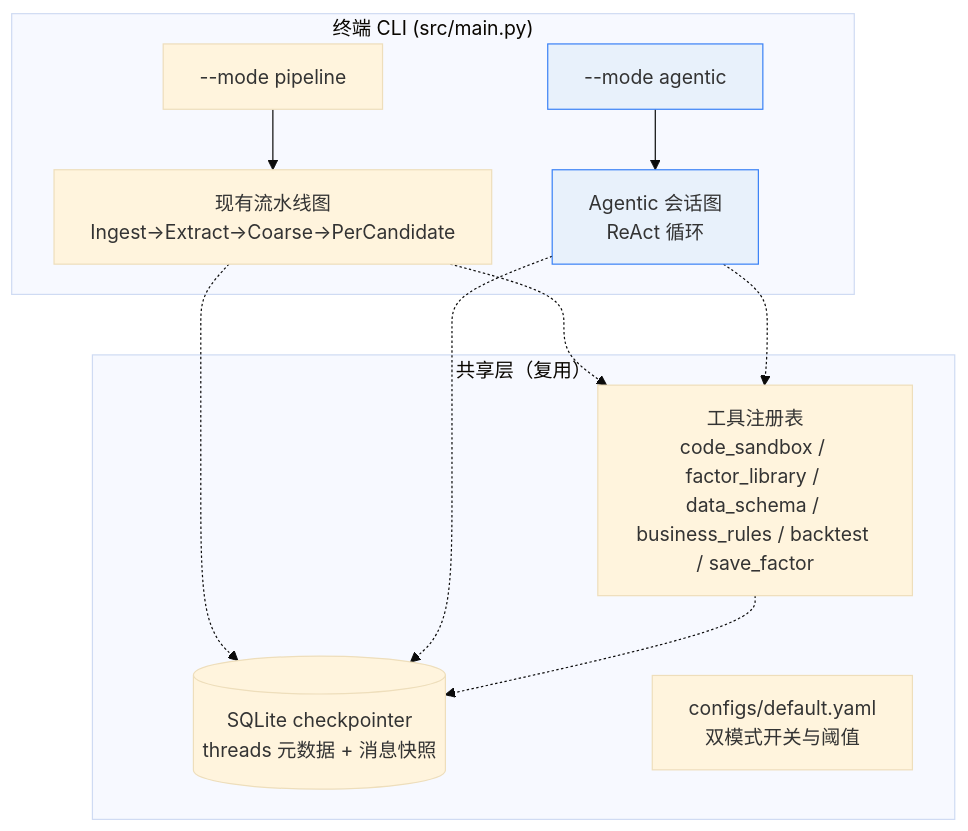
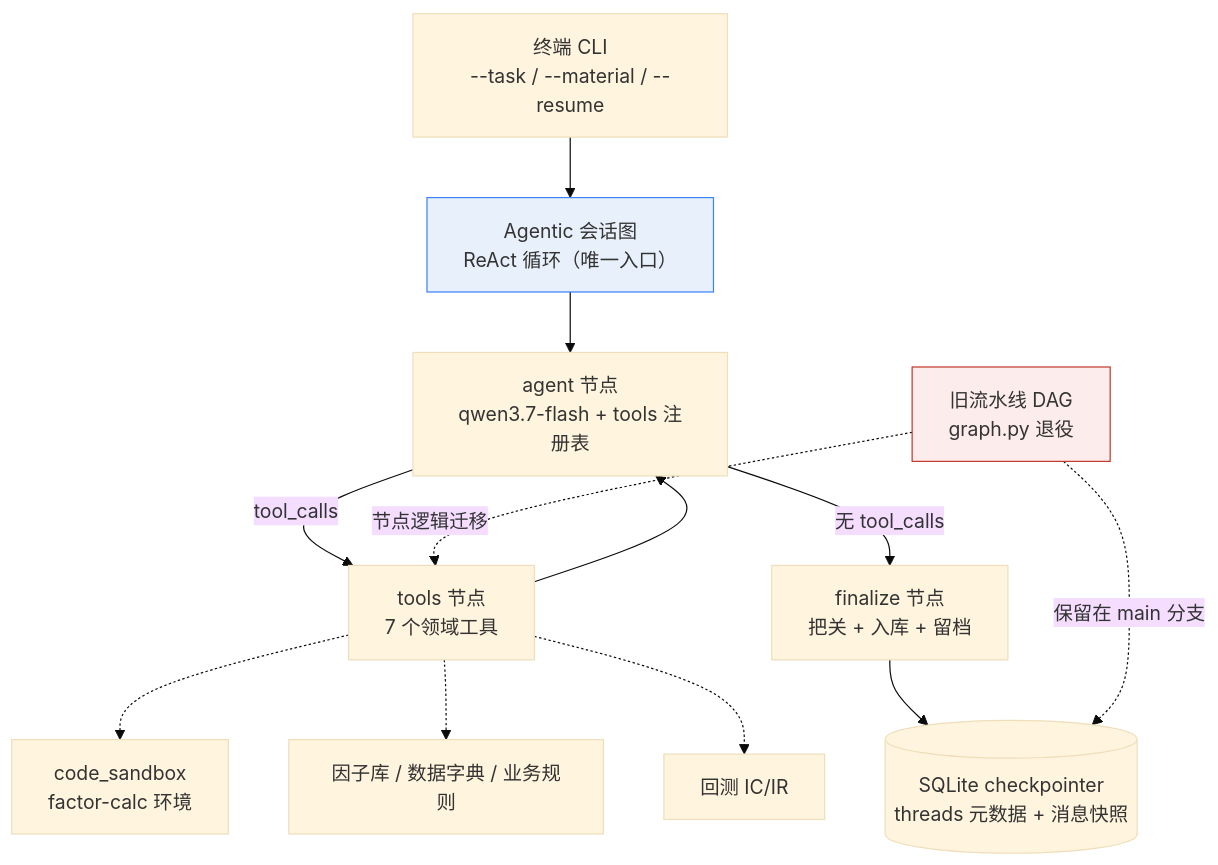
Before and after one commit to Line290/factor_miner: the first of 2 diagrams in docs/agentic_session_refactor_plan.md, drawn with Mermaid (base theme). The commit also changed other lines of this file, not shown here.

Commit message:
docs: 回填 Q1-Q6 决策（直接替换 + 批处理 CLI + qwen3.7-flash），架构改为单 Agentic 模式

````diff
--- a/docs/agentic_session_refactor_plan.md
+++ b/docs/agentic_session_refactor_plan.md
@@ -100,22 +111,19 @@
 ```mermaid
 flowchart TD
-    subgraph CLI["终端 CLI (src/main.py)"]
-        P[--mode pipeline] --> PG[现有流水线图<br/>Ingest→Extract→Coarse→PerCandidate]
-        A[--mode agentic] --> AG[Agentic 会话图<br/>ReAct 循环]
-    end
+    CLI[终端 CLI<br/>--task / --material / --resume] --> AG[Agentic 会话图<br/>ReAct 循环（唯一入口）]
+    AG --> Agent[agent 节点<br/>qwen3.7-flash + tools 注册表]
+    Agent -->|tool_calls| Tools[tools 节点<br/>7 个领域工具]
+    Tools --> Agent
+    Agent -->|无 tool_calls| Final[finalize 节点<br/>把关 + 入库 + 留档]
+    Final --> DB[(SQLite checkpointer<br/>threads 元数据 + 消息快照)]
 
-    subgraph Shared["共享层（复用）"]
-        T[工具注册表<br/>code_sandbox / factor_library / data_schema / business_rules / backtest / save_factor]
-        DB[(SQLite checkpointer<br/>threads 元数据 + 消息快照)]
-        CFG[configs/default.yaml<br/>双模式开关与阈值]
-    end
+    Tools -.-> SANDBOX[code_sandbox<br/>factor-calc 环境]
+    Tools -.-> LIB[因子库 / 数据字典 / 业务规则]
+    Tools -.-> BT[回测 IC/IR]
 
-    PG -.-> T
-    AG -.-> T
-    PG -.-> DB
-    AG -.-> DB
-    T -.-> DB
+    PG[旧流水线 DAG<br/>graph.py 退役] -. 节点逻辑迁移 .-> Tools
+    PG -. 保留在 main 分支 .-> DB
 
-    style A fill:#e8f1fb,stroke:#3b82f6
     style AG fill:#e8f1fb,stroke:#3b82f6
+    style PG fill:#fdecec,stroke:#c0392b
 ```
````
